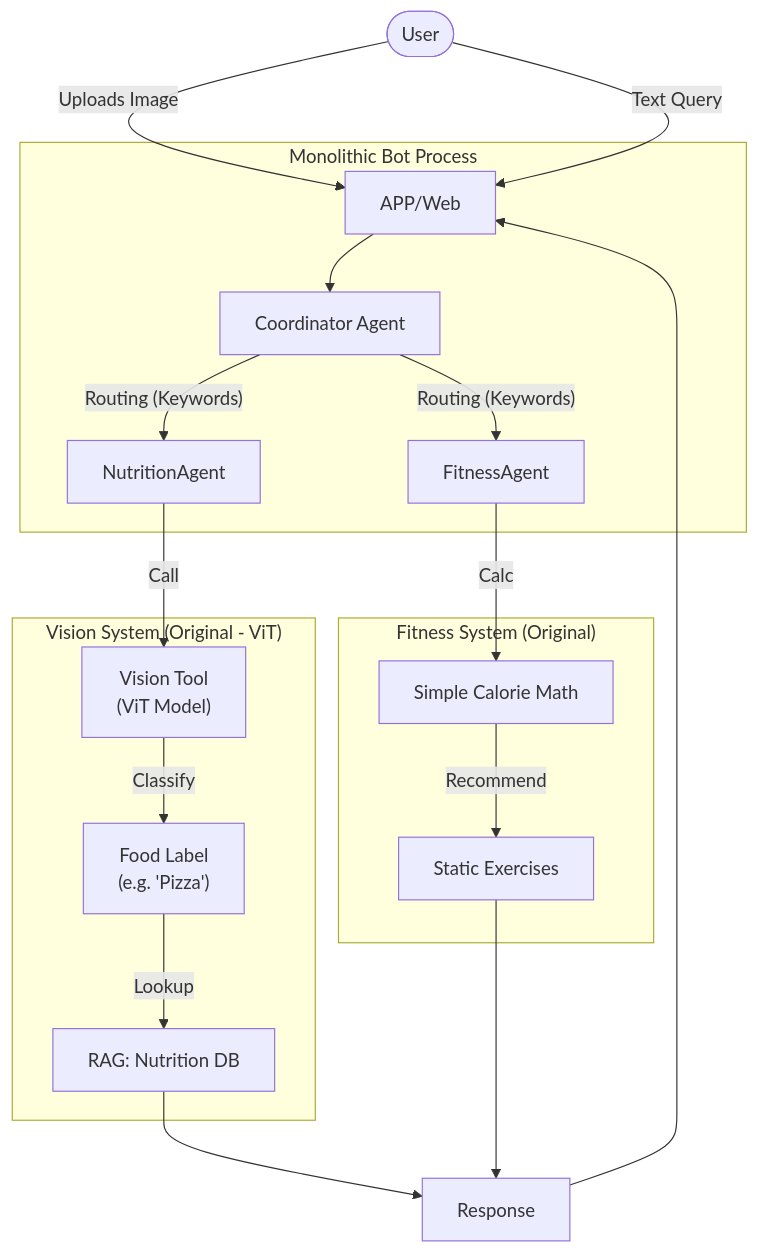
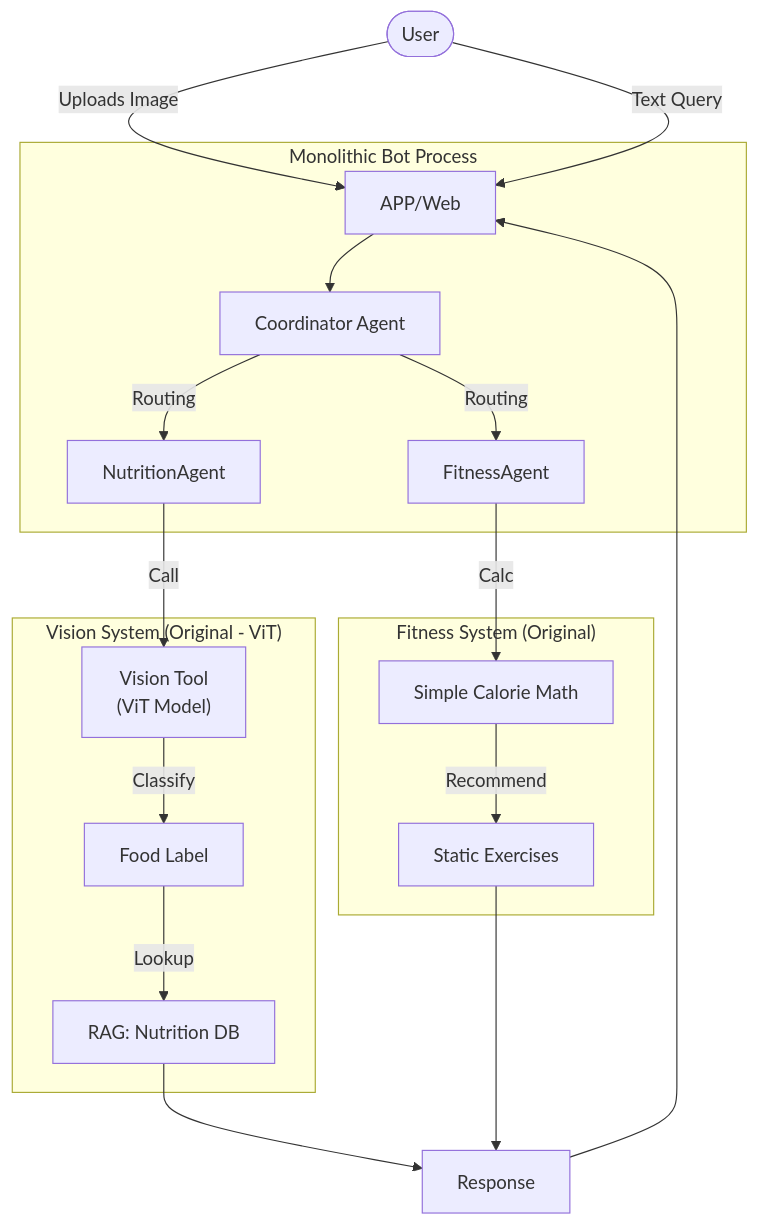
The first of 6 diagrams in docs/architecture/context/diagrams.md (kevinhust/capstonetest), drawn with Mermaid before and after one commit. The commit also changed other lines of this file and 43 other files, not shown here.

````diff
--- a/docs/architecture/context/diagrams.md
+++ b/docs/architecture/context/diagrams.md
@@ -13,28 +20,28 @@
 ```mermaid
 graph TD
     User([User]) -->|"Uploads Image"| APP/Web
     User -->|"Text Query"| APP/Web
 
     subgraph "Monolithic Bot Process"
         APP/Web --> Coordinator[Coordinator Agent]
-        
-        Coordinator -->|"Routing (Keywords)"| NutritionAgent
-        Coordinator -->|"Routing (Keywords)"| FitnessAgent
+
+        Coordinator -->|"Routing"| NutritionAgent
+        Coordinator -->|"Routing"| FitnessAgent
     end
 
     subgraph "Vision System (Original - ViT)"
         NutritionAgent -->|"Call"| VisionTool["Vision Tool\n(ViT Model)"]
-        VisionTool -->|"Classify"| Label["Food Label\n(e.g. 'Pizza')"]
-        
+        VisionTool -->|"Classify"| Label["Food Label"]
+
         Label -->|"Lookup"| RAG1[RAG: Nutrition DB]
     end
 
     subgraph "Fitness System (Original)"
         FitnessAgent -->|"Calc"| formula[Simple Calorie Math]
         formula -->|"Recommend"| StaticEx[Static Exercises]
     end
 
     RAG1 --> Response
     StaticEx --> Response
     Response --> APP/Web
 ```
````
